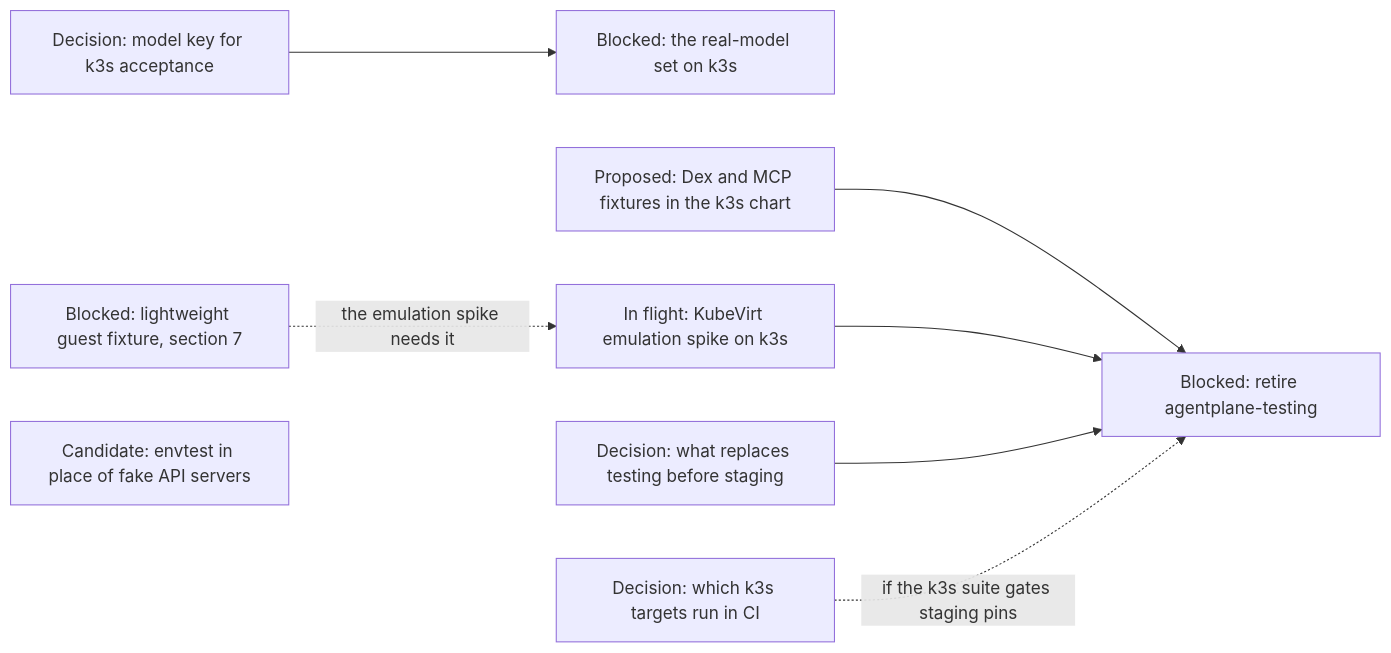
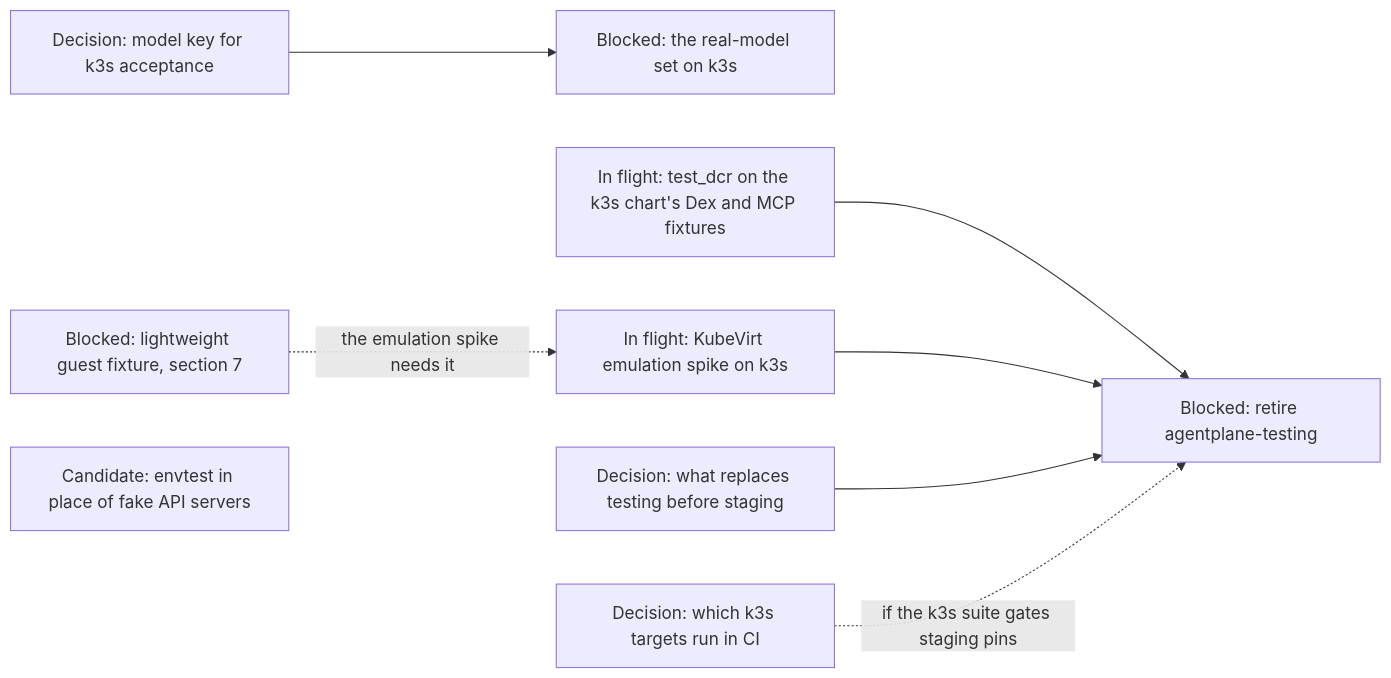
Diagram 17 of 17 in agentplane/plans/task_dag.md (agentydragon-agent/ducktape), drawn with Mermaid before and after one commit. The commit also changed other lines of this file and 32 other files, not shown here.

````diff
--- a/agentplane/plans/task_dag.md
+++ b/agentplane/plans/task_dag.md
@@ -1948,18 +1948,18 @@
 ```mermaid
 flowchart LR
     K3S_MODEL_CREDENTIALS[Decision: model key for k3s acceptance]
     K3S_MODEL_SCENARIOS[Blocked: the real-model set on k3s]
-    K3S_FIXTURE_IDENTITY[Proposed: Dex and MCP fixtures in the k3s chart]
+    K3S_FIXTURE_IDENTITY[In flight: test_dcr on the k3s chart's Dex and MCP fixtures]
     K3S_VM_ACCEPTANCE[In flight: KubeVirt emulation spike on k3s]
     K3S_VM_IMAGE[Blocked: lightweight guest fixture, section 7]
     TESTING_ROLLOUT_ROLE[Decision: what replaces testing before staging]
     TESTING_ENVIRONMENT_RETIRE[Blocked: retire agentplane-testing]
     K3S_CI_TIER[Decision: which k3s targets run in CI]
     FAKE_APISERVERS_TO_ENVTEST[Candidate: envtest in place of fake API servers]
     K3S_MODEL_CREDENTIALS --> K3S_MODEL_SCENARIOS
     K3S_VM_IMAGE -. the emulation spike needs it .-> K3S_VM_ACCEPTANCE
     K3S_FIXTURE_IDENTITY --> TESTING_ENVIRONMENT_RETIRE
     K3S_VM_ACCEPTANCE --> TESTING_ENVIRONMENT_RETIRE
     TESTING_ROLLOUT_ROLE --> TESTING_ENVIRONMENT_RETIRE
     K3S_CI_TIER -. if the k3s suite gates staging pins .-> TESTING_ENVIRONMENT_RETIRE
 ```
````
